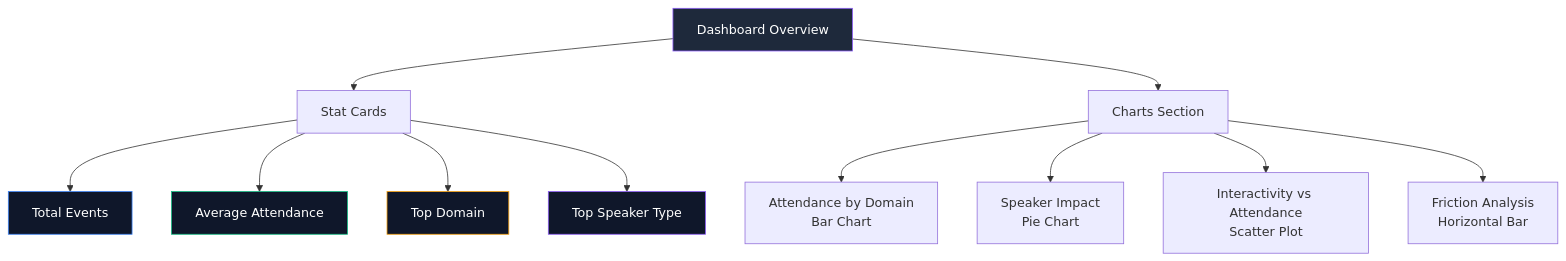
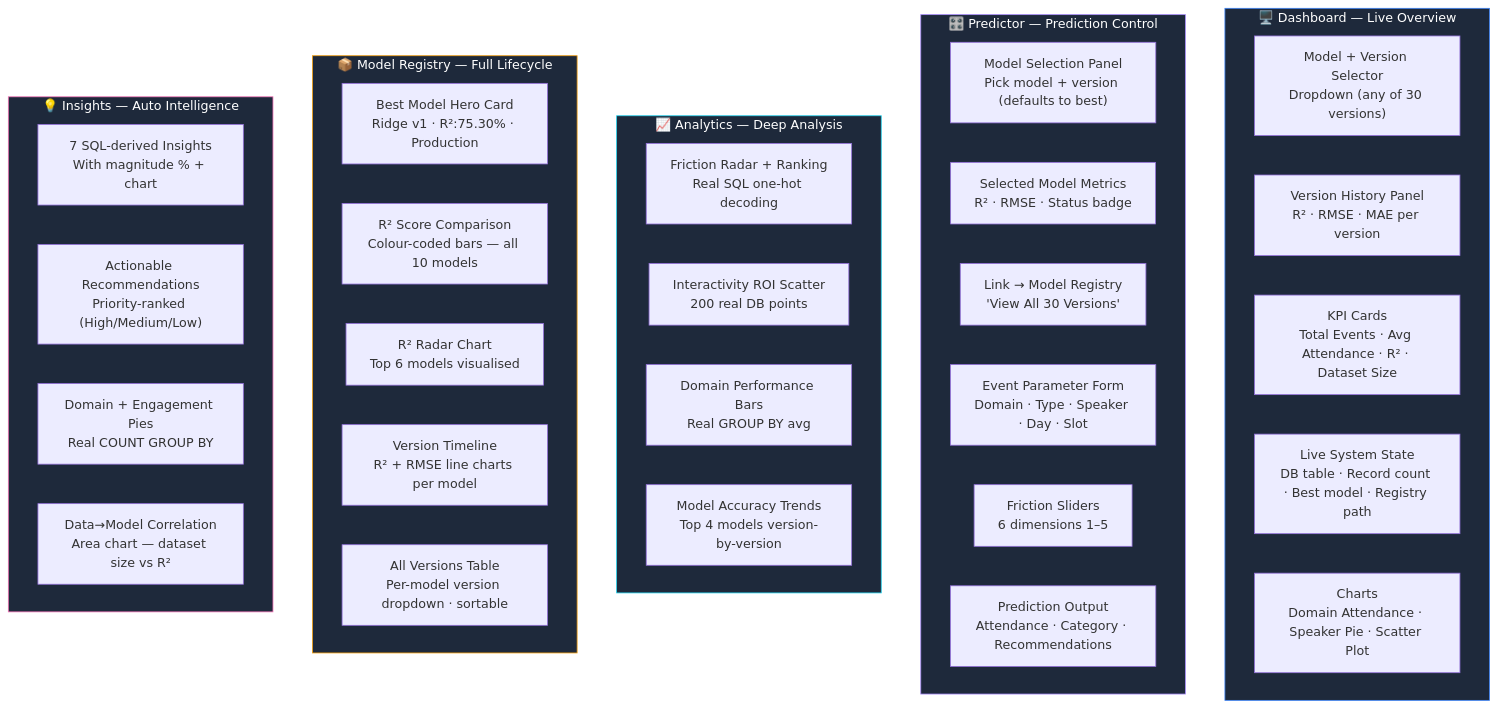
The ninth of 15 diagrams in README.md (vengeance0112/Campus-Intel---Hackathon-3), drawn with Mermaid before and after one commit. The commit also changed other lines of this file, not shown here.

````diff
--- a/README.md
+++ b/README.md
@@ -432,21 +506,47 @@
 ```mermaid
 graph TB
-    A["Dashboard Overview"] --> B["Stat Cards"]
-    A --> C["Charts Section"]
-    
-    B --> B1["Total Events"]
-    B --> B2["Average Attendance"]
-    B --> B3["Top Domain"]
-    B --> B4["Top Speaker Type"]
-    
-    C --> C1["Attendance by Domain<br/>Bar Chart"]
-    C --> C2["Speaker Impact<br/>Pie Chart"]
-    C --> C3["Interactivity vs Attendance<br/>Scatter Plot"]
-    C --> C4["Friction Analysis<br/>Horizontal Bar"]
-    
-    style A fill:#1e293b,stroke:#8b5cf6,color:#fff
-    style B1 fill:#0f172a,stroke:#3b82f6,color:#fff
-    style B2 fill:#0f172a,stroke:#10b981,color:#fff
-    style B3 fill:#0f172a,stroke:#f59e0b,color:#fff
-    style B4 fill:#0f172a,stroke:#8b5cf6,color:#fff
+    subgraph DASH["🖥️ Dashboard — Live Overview"]
+        D1["Model + Version Selector\nDropdown (any of 30 versions)"]
+        D2["Version History Panel\nR² · RMSE · MAE per version"]
+        D3["KPI Cards\nTotal Events · Avg Attendance · R² · Dataset Size"]
+        D4["Live System State\nDB table · Record count · Best model · Registry path"]
+        D5["Charts\nDomain Attendance · Speaker Pie · Scatter Plot"]
+    end
+
+    subgraph PRED["🎛️ Predictor — Prediction Control"]
+        P1["Model Selection Panel\nPick model + version (defaults to best)"]
+        P2["Selected Model Metrics\nR² · RMSE · Status badge"]
+        P3["Link → Model Registry\n'View All 30 Versions'"]
+        P4["Event Parameter Form\nDomain · Type · Speaker · Day · Slot"]
+        P5["Friction Sliders\n6 dimensions 1–5"]
+        P6["Prediction Output\nAttendance · Category · Recommendations"]
+    end
+
+    subgraph ANA["📈 Analytics — Deep Analysis"]
+        A1["Friction Radar + Ranking\nReal SQL one-hot decoding"]
+        A2["Interactivity ROI Scatter\n200 real DB points"]
+        A3["Domain Performance Bars\nReal GROUP BY avg"]
+        A4["Model Accuracy Trends\nTop 4 models version-by-version"]
+    end
+
+    subgraph REG["📦 Model Registry — Full Lifecycle"]
+        R1["Best Model Hero Card\nRidge v1 · R²:75.30% · Production"]
+        R2["R² Score Comparison\nColour-coded bars — all 10 models"]
+        R3["R² Radar Chart\nTop 6 models visualised"]
+        R4["Version Timeline\nR² + RMSE line charts per model"]
+        R5["All Versions Table\nPer-model version dropdown · sortable"]
+    end
+
+    subgraph INS["💡 Insights — Auto Intelligence"]
+        I1["7 SQL-derived Insights\nWith magnitude % + chart"]
+        I2["Actionable Recommendations\nPriority-ranked (High/Medium/Low)"]
+        I3["Domain + Engagement Pies\nReal COUNT GROUP BY"]
+        I4["Data→Model Correlation\nArea chart — dataset size vs R²"]
+    end
+
+    style DASH fill:#1e293b,stroke:#3b82f6,color:#fff
+    style PRED fill:#1e293b,stroke:#a78bfa,color:#fff
+    style ANA fill:#1e293b,stroke:#22d3ee,color:#fff
+    style REG fill:#1e293b,stroke:#f59e0b,color:#fff
+    style INS fill:#1e293b,stroke:#f472b6,color:#fff
 ```
````
